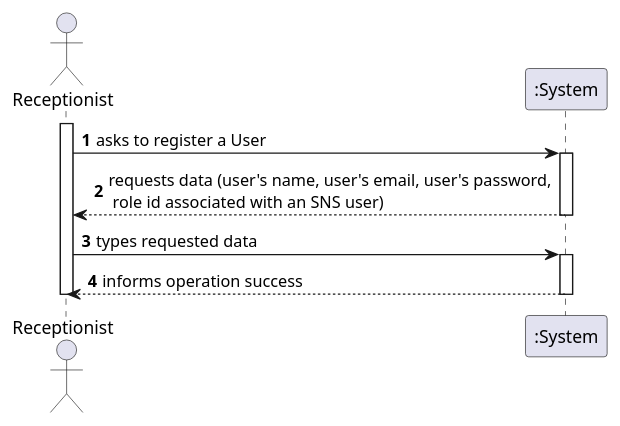
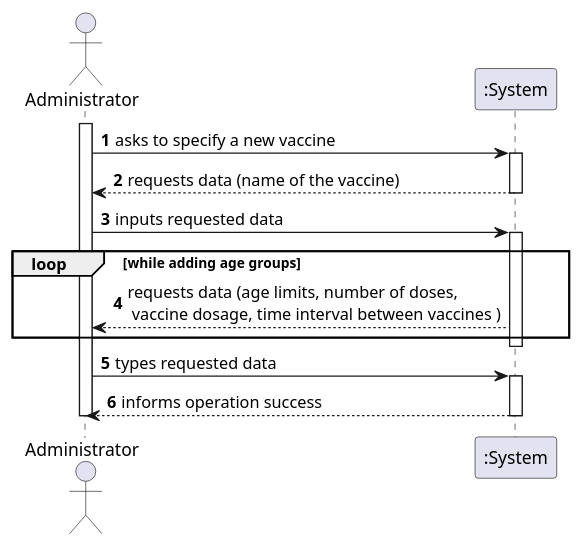
Before and after one commit to Pirussa/lei-22-s2-1da-g02: the diagram in docs/SprintB/US013/US013_SSD.puml, drawn with PlantUML. The commit also changed 2 other files, not shown here.

```diff
--- a/docs/SprintB/US013/US013_SSD.puml
+++ b/docs/SprintB/US013/US013_SSD.puml
@@ -1,19 +1,30 @@
 @startuml
 
 autonumber
-actor "Receptionist" as R
+actor "Administrator" as A
 
-activate R
-R -> ":System" : asks to register a User
+activate A
+A -> ":System" : asks to specify a new vaccine
+
 activate ":System"
-":System" --> R : requests data (user's name, user's email, user's password,\n role id associated with an SNS user)
+":System" --> A : requests data (name of the vaccine)
 deactivate ":System"
 
-R -> ":System" : types requested data
+A -> ":System" : inputs requested data
+
 activate ":System"
-":System" --> R : informs operation success
+
+loop while adding age groups
+ ":System" --> A : requests data (age limits, number of doses,\n vaccine dosage, time interval between vaccines )
+end
+
 deactivate ":System"
 
-deactivate R
+A -> ":System" : types requested data
+activate ":System"
+":System" --> A : informs operation success
+deactivate ":System"
+
+deactivate A
 
 @enduml
```
